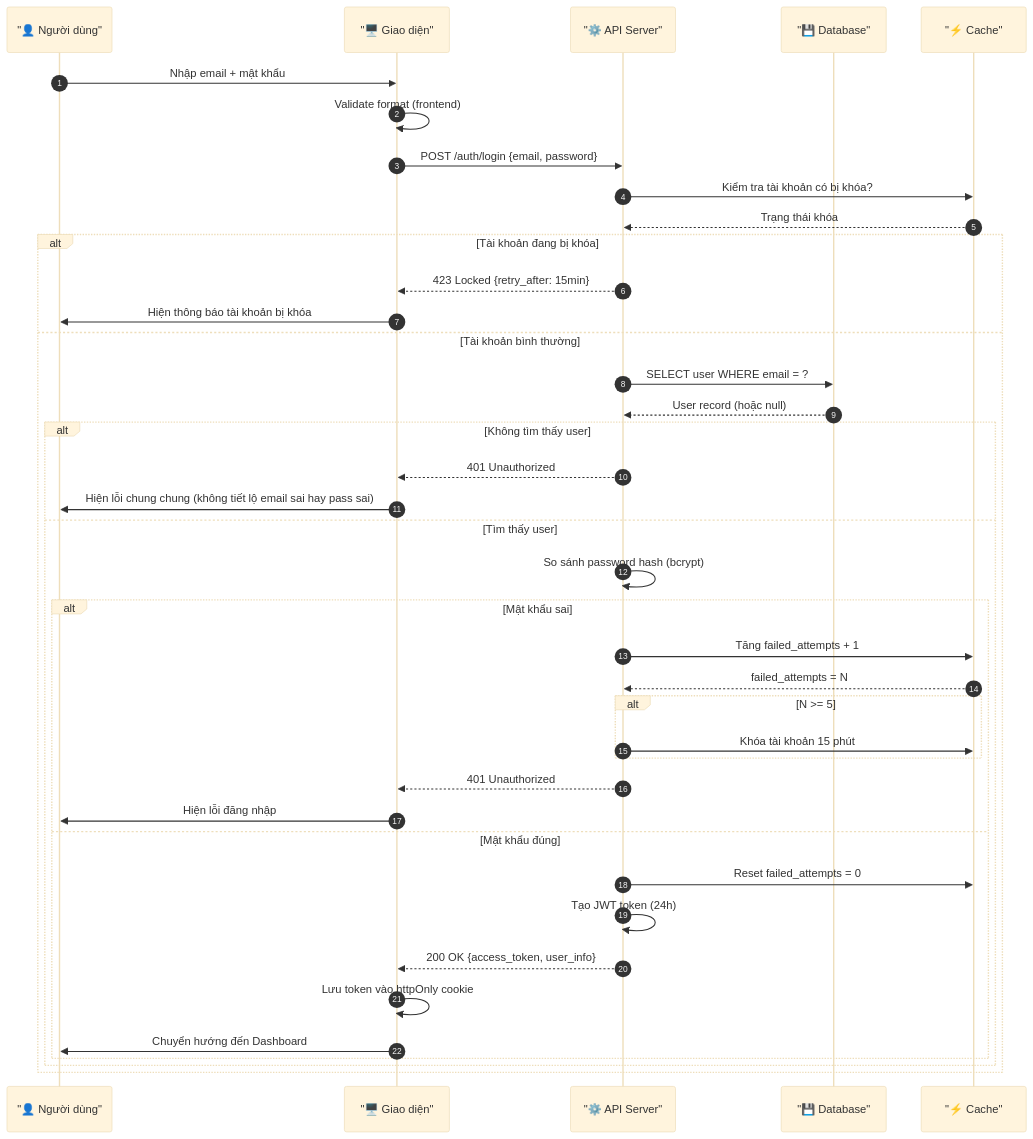
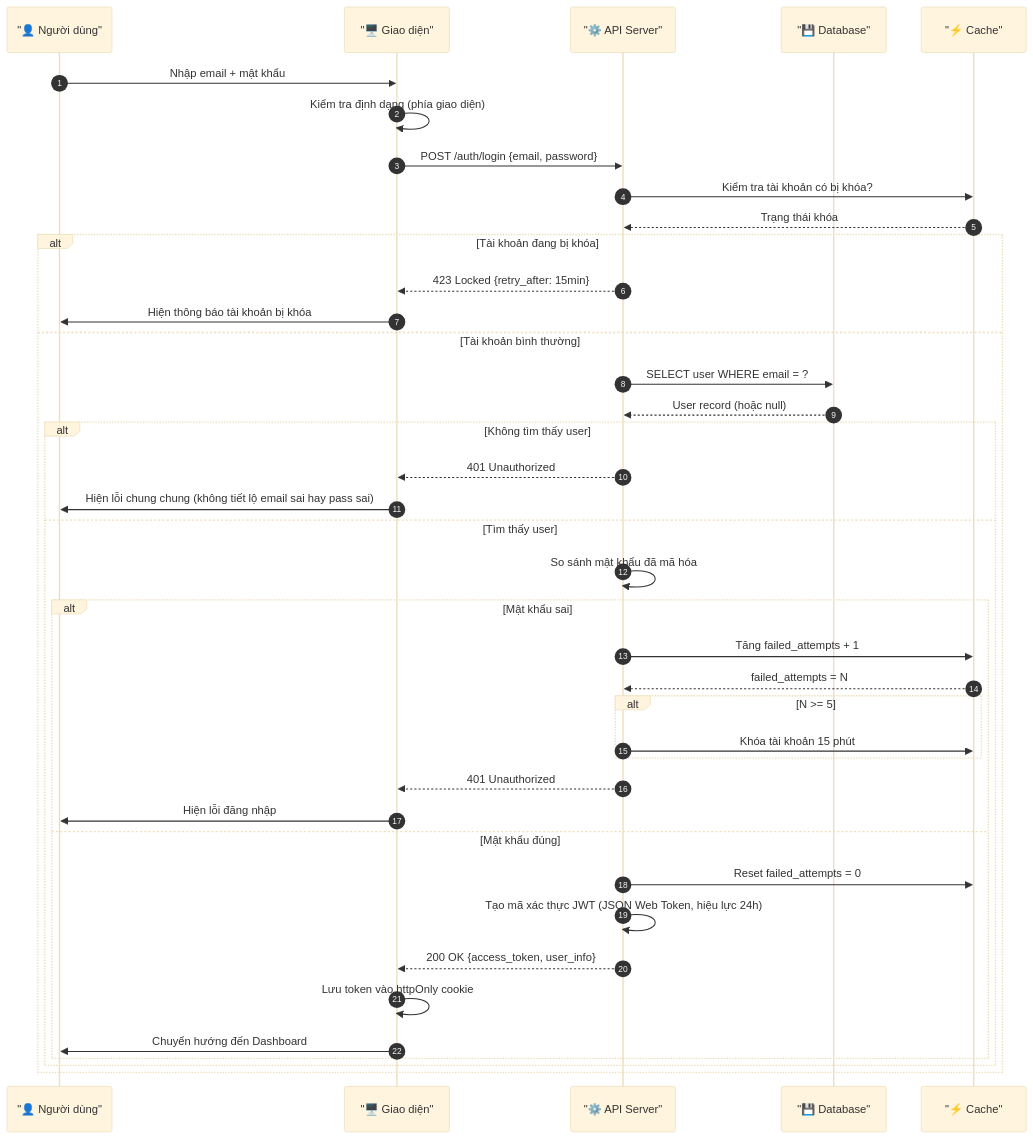
The seventh of 13 diagrams in docs/ba_portfolio/BA_Complete_Documentation.md (Haign12/LuxRoom), drawn with Mermaid (base theme) before and after one commit. The commit also changed other lines of this file and 11073 other files, not shown here.

````diff
--- a/docs/ba_portfolio/BA_Complete_Documentation.md
+++ b/docs/ba_portfolio/BA_Complete_Documentation.md
@@ -575,49 +579,49 @@
 ```mermaid
 sequenceDiagram
     autonumber
     participant U as "👤 Người dùng"
     participant UI as "🖥️ Giao diện"
     participant API as "⚙️ API Server"
     participant DB as "💾 Database"
     participant Cache as "⚡ Cache"
 
     U->>UI: Nhập email + mật khẩu
-    UI->>UI: Validate format (frontend)
+    UI->>UI: Kiểm tra định dạng (phía giao diện)
     UI->>API: POST /auth/login {email, password}
 
     API->>Cache: Kiểm tra tài khoản có bị khóa?
     Cache-->>API: Trạng thái khóa
 
     alt Tài khoản đang bị khóa
         API-->>UI: 423 Locked {retry_after: 15min}
         UI->>U: Hiện thông báo tài khoản bị khóa
     else Tài khoản bình thường
         API->>DB: SELECT user WHERE email = ?
         DB-->>API: User record (hoặc null)
 
         alt Không tìm thấy user
             API-->>UI: 401 Unauthorized
             UI->>U: Hiện lỗi chung chung (không tiết lộ email sai hay pass sai)
         else Tìm thấy user
-            API->>API: So sánh password hash (bcrypt)
+            API->>API: So sánh mật khẩu đã mã hóa
 
             alt Mật khẩu sai
                 API->>Cache: Tăng failed_attempts + 1
                 Cache-->>API: failed_attempts = N
 
                 alt N >= 5
                     API->>Cache: Khóa tài khoản 15 phút
                 end
 
                 API-->>UI: 401 Unauthorized
                 UI->>U: Hiện lỗi đăng nhập
             else Mật khẩu đúng
                 API->>Cache: Reset failed_attempts = 0
-                API->>API: Tạo JWT token (24h)
+                API->>API: Tạo mã xác thực JWT (JSON Web Token, hiệu lực 24h)
                 API-->>UI: 200 OK {access_token, user_info}
                 UI->>UI: Lưu token vào httpOnly cookie
                 UI->>U: Chuyển hướng đến Dashboard
             end
         end
     end
 ```
````
